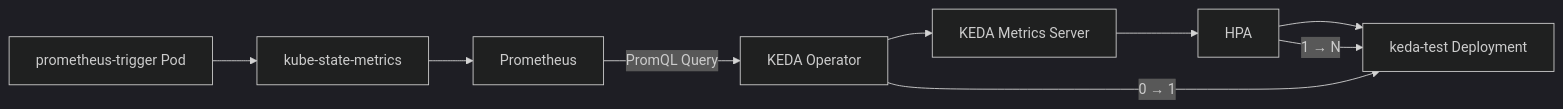
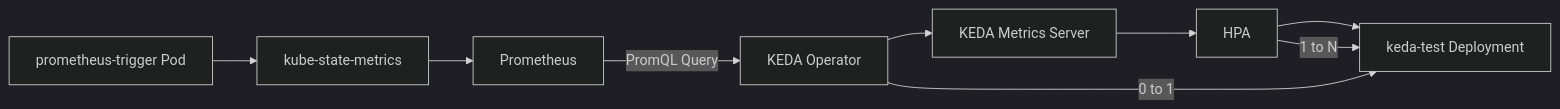
One commit to hwangyoonjae/hwangyoonjae.github.io changed the diagram in _posts/Kubernetes/2026-08-13-[Kubernetes] - Prometheus Scaler를 이용한 Kubernetes Event-driven Autoscaling 테스트.md. Above: the diagram before and after it, drawn with Mermaid (dark theme).

Commit message:
다이어그램 문구 표기 에러 수정

````diff
--- a/_posts/Kubernetes/2026-08-13-[Kubernetes] - Prometheus Scaler를 이용한 Kubernetes Event-driven Autoscaling 테스트.md
+++ b/_posts/Kubernetes/2026-08-13-[Kubernetes] - Prometheus Scaler를 이용한 Kubernetes Event-driven Autoscaling 테스트.md
@@ -20,12 +20,12 @@
 ```mermaid
 flowchart LR
-    A[prometheus-trigger Pod] --> B[kube-state-metrics]
-    B --> C[Prometheus]
-    C -->|PromQL Query| D[KEDA Operator]
-    D --> E[KEDA Metrics Server]
-    E --> F[HPA]
-    F --> G[keda-test Deployment]
+    A["prometheus-trigger Pod"] --> B["kube-state-metrics"]
+    B --> C["Prometheus"]
+    C -->|"PromQL Query"| D["KEDA Operator"]
+    D --> E["KEDA Metrics Server"]
+    E --> F["HPA"]
+    F --> G["keda-test Deployment"]
 
-    D -->|0 → 1| G
-    F -->|1 → N| G
+    D -->|"0 to 1"| G
+    F -->|"1 to N"| G
 ```
````
